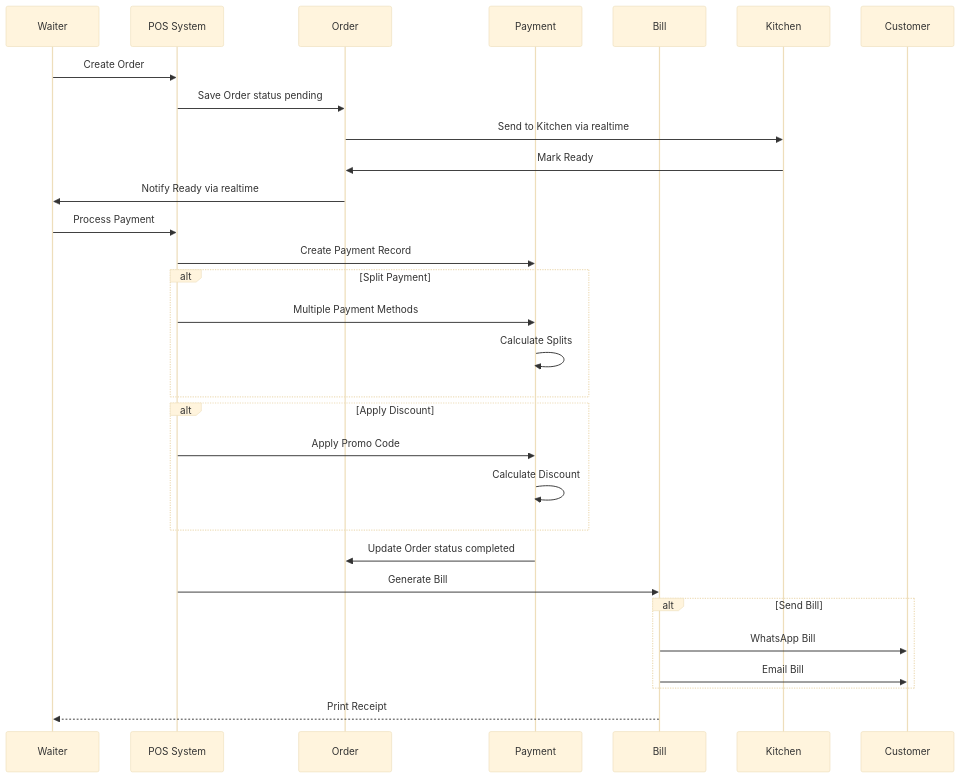
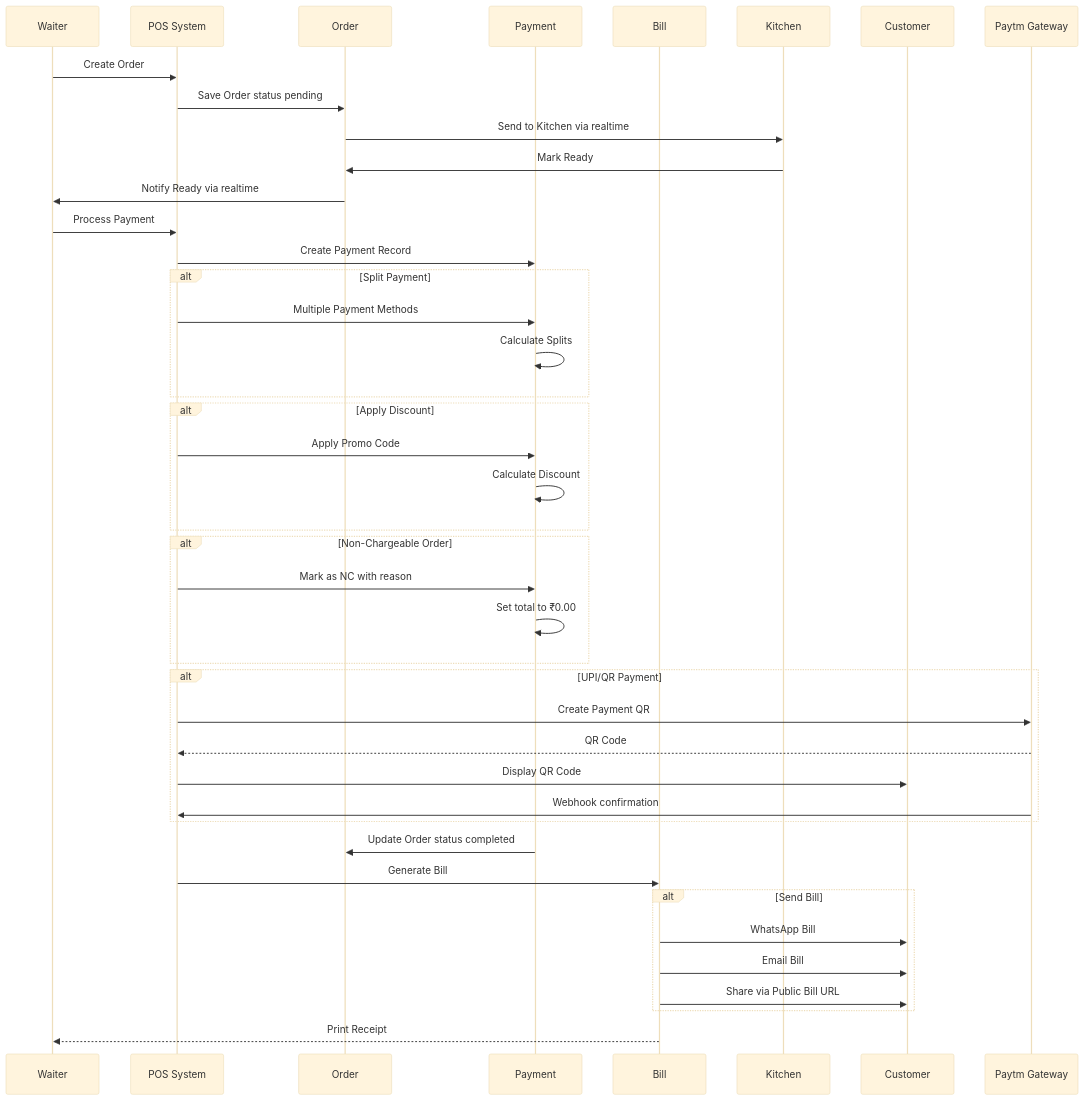
One commit to sudipjangam/tasty-bite-harbor changed diagram 13 of 26 in docs/ARCHITECTURE_DEV.md. Above: the diagram before and after it, drawn with Mermaid (base theme). The commit also changed other lines of this file and 6 other files, not shown here.

Commit message:
feat: Add comprehensive platform user guide, architecture documentation, and an About section component, alongside dependency updates.

````diff
--- a/docs/ARCHITECTURE_DEV.md
+++ b/docs/ARCHITECTURE_DEV.md
@@ -599,40 +831,54 @@
 ```mermaid
 sequenceDiagram
     participant W as Waiter
     participant POS as POS System
     participant O as Order
     participant P as Payment
     participant B as Bill
     participant K as Kitchen
     participant C as Customer
+    participant PTM as Paytm Gateway
     
     W->>POS: Create Order
     POS->>O: Save Order status pending
     O->>K: Send to Kitchen via realtime
     
     K->>O: Mark Ready
     O->>W: Notify Ready via realtime
     
     W->>POS: Process Payment
     POS->>P: Create Payment Record
     
     alt Split Payment
         POS->>P: Multiple Payment Methods
         P->>P: Calculate Splits
     end
     
     alt Apply Discount
         POS->>P: Apply Promo Code
         P->>P: Calculate Discount
     end
     
+    alt Non-Chargeable Order
+        POS->>P: Mark as NC with reason
+        P->>P: Set total to ₹0.00
+    end
+    
+    alt UPI/QR Payment
+        POS->>PTM: Create Payment QR
+        PTM-->>POS: QR Code
+        POS->>C: Display QR Code
+        PTM->>POS: Webhook confirmation
+    end
+    
     P->>O: Update Order status completed
     POS->>B: Generate Bill
     
     alt Send Bill
         B->>C: WhatsApp Bill
         B->>C: Email Bill
+        B->>C: Share via Public Bill URL
     end
     
     B-->>W: Print Receipt
 ```
````
